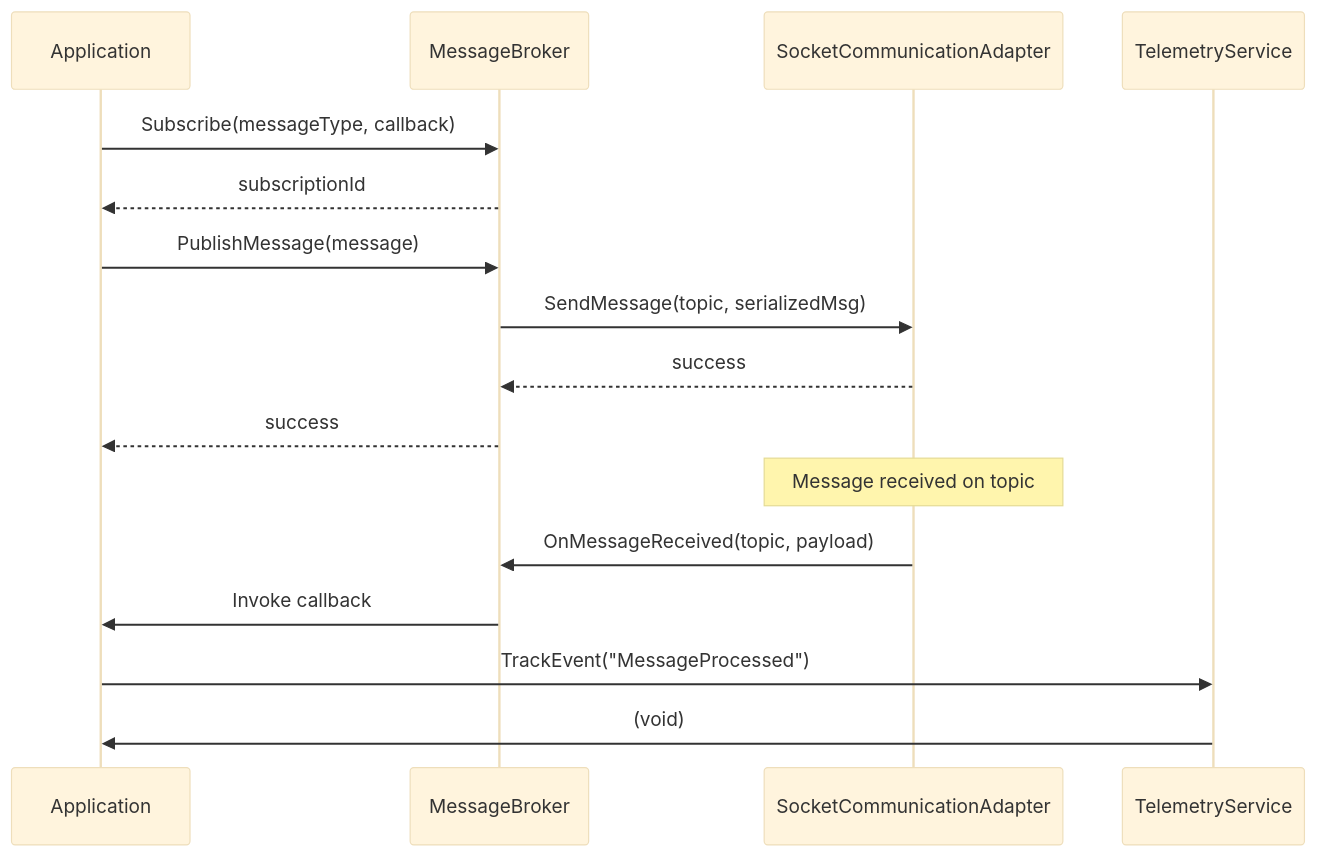
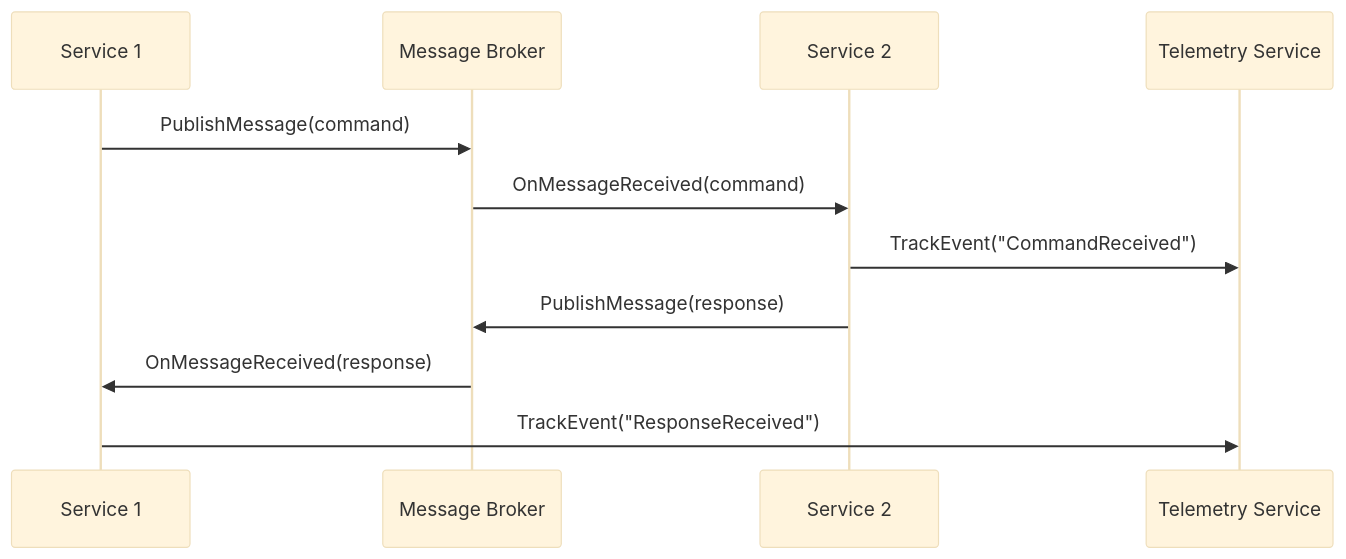
The second of 2 diagrams in MSA.Foundation/docs/architecture_overview.md (ofgirichardsonb/AvaloniaPoker), drawn with Mermaid (base theme) before and after one commit. The commit also changed other lines of this file and 2 other files, not shown here.

First line of the commit message:
Enhance documentation and diagrams for improved understanding of the architecture

````diff
--- a/MSA.Foundation/docs/architecture_overview.md
+++ b/MSA.Foundation/docs/architecture_overview.md
@@ -59,22 +92,14 @@
 ```mermaid
 sequenceDiagram
-    participant App as Application
-    participant Broker as MessageBroker
-    participant Socket as SocketCommunicationAdapter
-    participant TelSvc as TelemetryService
+    participant Service1 as Service 1
+    participant MsgBroker as Message Broker
+    participant Service2 as Service 2
+    participant TelSvc as Telemetry Service
     
-    App->>Broker: Subscribe(messageType, callback)
-    Broker-->>App: subscriptionId
-    
-    App->>Broker: PublishMessage(message)
-    Broker->>Socket: SendMessage(topic, serializedMsg)
-    Socket-->>Broker: success
-    Broker-->>App: success
-    
-    Note over Socket: Message received on topic
-    Socket->>Broker: OnMessageReceived(topic, payload)
-    Broker->>App: Invoke callback
-    
-    App->>TelSvc: TrackEvent("MessageProcessed")
-    TelSvc->>App: (void)
+    Service1->>MsgBroker: PublishMessage(command)
+    MsgBroker->>Service2: OnMessageReceived(command)
+    Service2->>TelSvc: TrackEvent("CommandReceived")
+    Service2->>MsgBroker: PublishMessage(response)
+    MsgBroker->>Service1: OnMessageReceived(response)
+    Service1->>TelSvc: TrackEvent("ResponseReceived")
 ```
````
